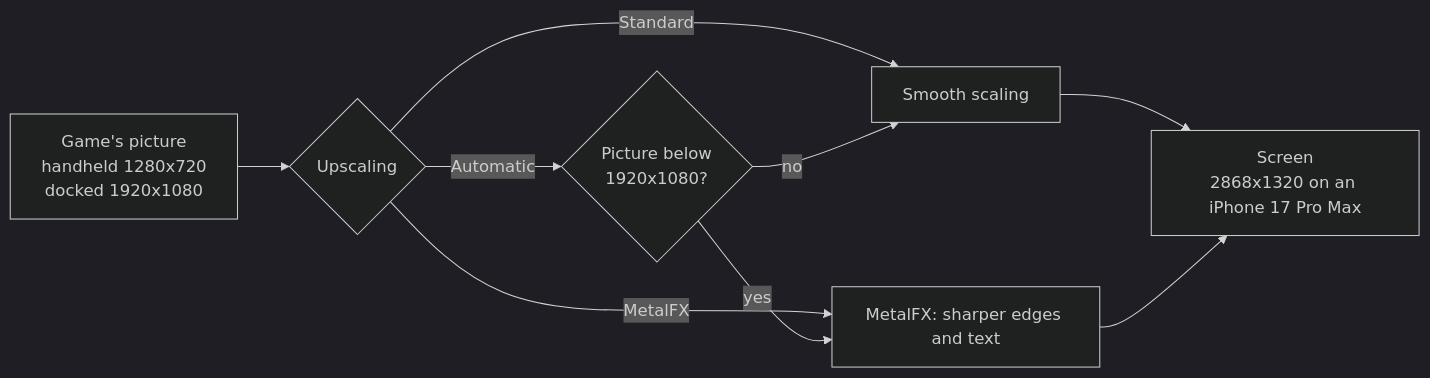
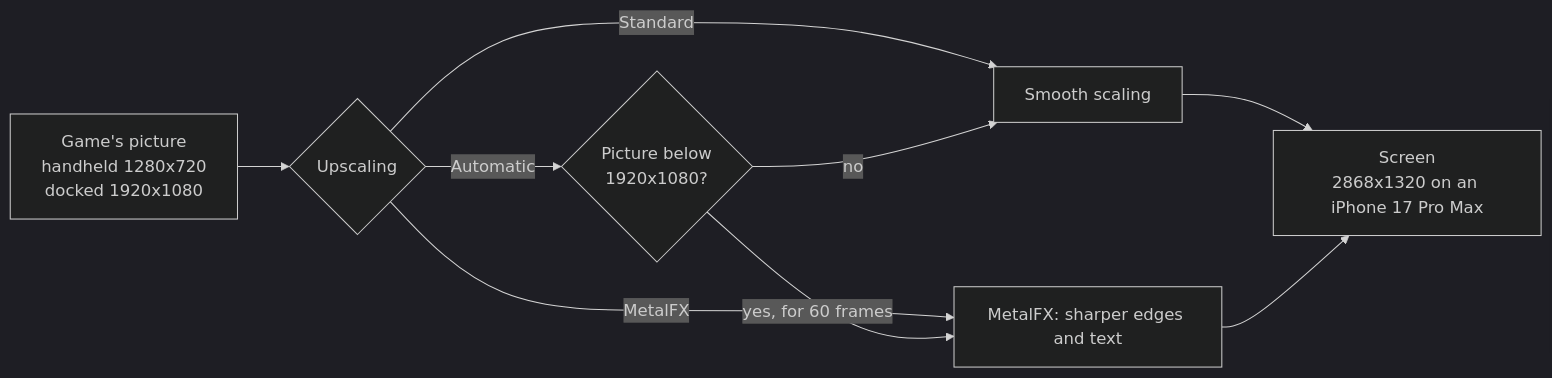
The first of 6 diagrams in docs/settings.md (kencalx/NX18), drawn with Mermaid (dark theme) before and after one commit. The commit also changed other lines of this file and 7 other files, not shown here.

````diff
--- a/docs/settings.md
+++ b/docs/settings.md
@@ -42,11 +42,11 @@
 ```mermaid
 flowchart LR
     G["Game's picture<br/>handheld 1280x720<br/>docked 1920x1080"] --> S{Upscaling}
     S -->|Standard| B["Smooth scaling"]
     S -->|MetalFX| M["MetalFX: sharper edges and text"]
     S -->|Automatic| A{"Picture below<br/>1920x1080?"}
-    A -->|yes| M
+    A -->|"yes, for 60 frames"| M
     A -->|no| B
     B --> D["Screen<br/>2868x1320 on an iPhone 17 Pro Max"]
     M --> D
 ```
````
